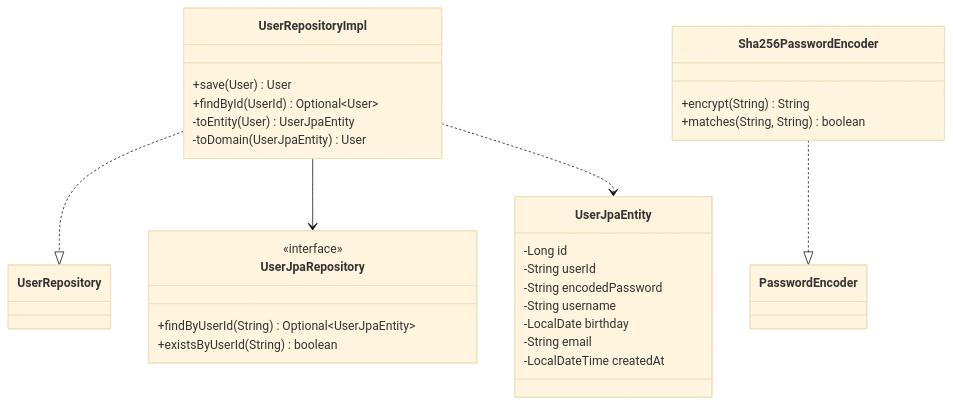
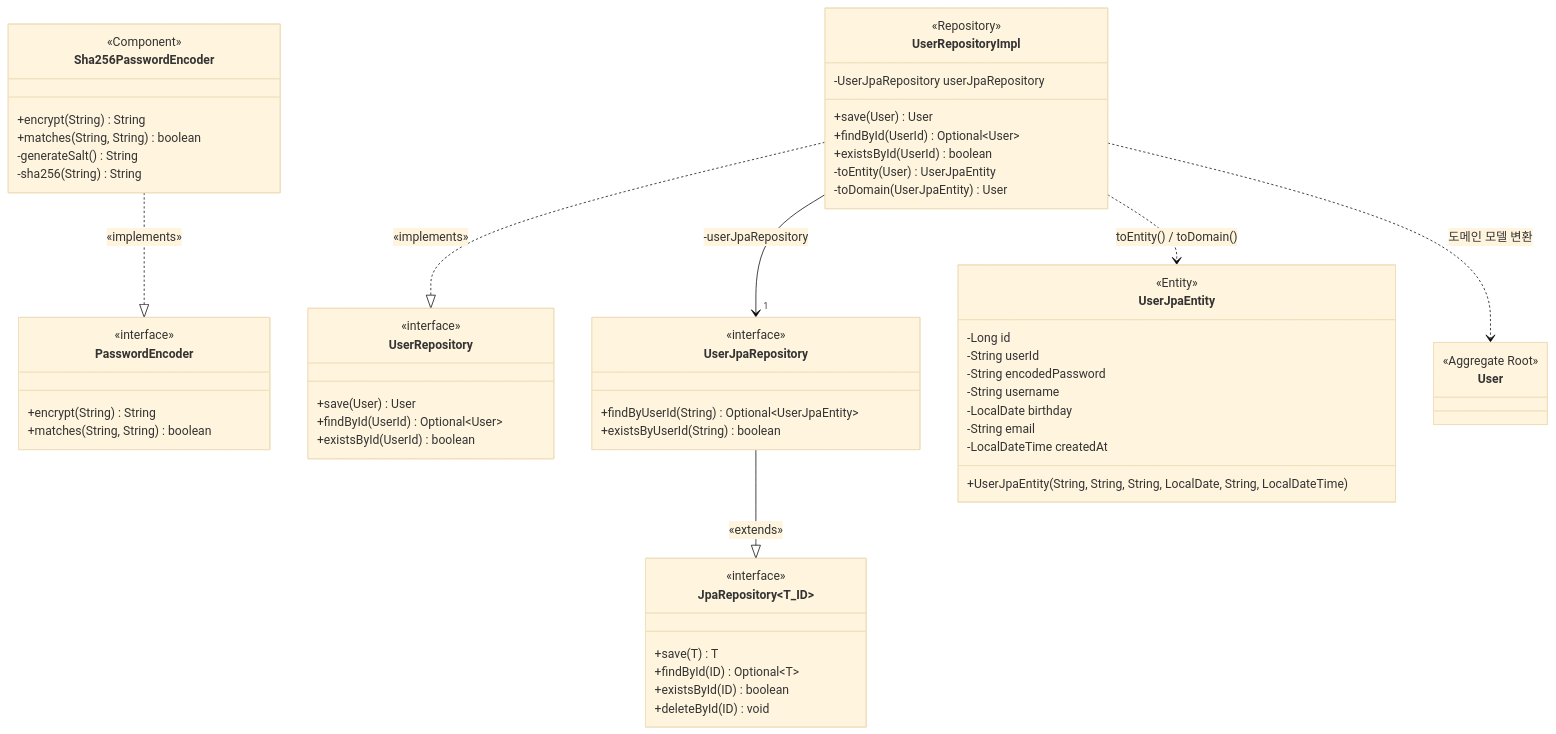
One commit to ukukdin/loop-pack-be-l2-vol3-java changed the third of 9 diagrams in .docs/design/03-class-diagram.md. Above: the diagram before and after it, drawn with Mermaid (base theme). The commit also changed other lines of this file, not shown here.

Commit message:
⏺ refactor: class-diagram 수정

````diff
--- a/.docs/design/03-class-diagram.md
+++ b/.docs/design/03-class-diagram.md
@@ -188,22 +466,63 @@
 ```mermaid
 classDiagram
-    UserRepositoryImpl ..|> UserRepository
-    UserRepositoryImpl --> UserJpaRepository
-    UserRepositoryImpl ..> UserJpaEntity
-    Sha256PasswordEncoder ..|> PasswordEncoder
+    direction TB
 
-    class UserRepositoryImpl {
+    %% Domain Interfaces (Port)
+    class UserRepository {
+        <<interface>>
+        <<Domain Port>>
         +save(User) User
         +findById(UserId) Optional~User~
+        +existsById(UserId) boolean
+    }
+
+    class PasswordEncoder {
+        <<interface>>
+        <<Domain Port>>
+        +encrypt(String) String
+        +matches(String, String) boolean
+    }
+
+    %% Infrastructure Adapters
+    class UserRepositoryImpl {
+        <<Repository>>
+        <<Adapter>>
+        -UserJpaRepository userJpaRepository
+        +save(User) User
+        +findById(UserId) Optional~User~
+        +existsById(UserId) boolean
         -toEntity(User) UserJpaEntity
         -toDomain(UserJpaEntity) User
     }
+
+    class Sha256PasswordEncoder {
+        <<Component>>
+        <<Adapter>>
+        +encrypt(String) String
+        +matches(String, String) boolean
+        -generateSalt() String
+        -sha256(String) String
+    }
+
+    %% JPA
     class UserJpaRepository {
         <<interface>>
+        <<Spring Data JPA>>
         +findByUserId(String) Optional~UserJpaEntity~
         +existsByUserId(String) boolean
     }
+
+    class JpaRepository~T_ID~ {
+        <<interface>>
+        <<Spring Data>>
+        +save(T) T
+        +findById(ID) Optional~T~
+        +existsById(ID) boolean
+        +deleteById(ID) void
+    }
+
     class UserJpaEntity {
+        <<Entity>>
         -Long id
         -String userId
         -String encodedPassword
@@ -211,9 +530,27 @@
         -LocalDate birthday
         -String email
         -LocalDateTime createdAt
+        +UserJpaEntity(String, String, String, LocalDate, String, LocalDateTime)
     }
-    class Sha256PasswordEncoder {
-        +encrypt(String) String
-        +matches(String, String) boolean
+
+    %% Domain Model (참조용)
+    class User {
+        <<Aggregate Root>>
     }
+
+    %% === 관계 ===
+
+    %% 실체화 (Realization): 점선 + 빈 삼각형
+    UserRepositoryImpl ..|> UserRepository : «implements»
+    Sha256PasswordEncoder ..|> PasswordEncoder : «implements»
+
+    %% 일반화 (Generalization): 실선 + 빈 삼각형
+    UserJpaRepository --|> JpaRepository~T_ID~ : «extends»
+
+    %% 연관 (Association): 필드 참조
+    UserRepositoryImpl --> "1" UserJpaRepository : -userJpaRepository
+
+    %% 의존 (Dependency): 메서드에서 변환 시 사용
+    UserRepositoryImpl ..> UserJpaEntity : toEntity() / toDomain()
+    UserRepositoryImpl ..> User : 도메인 모델 변환
 ```
````
